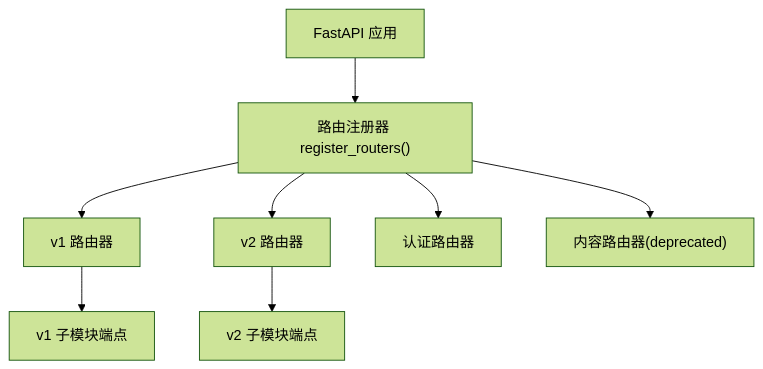
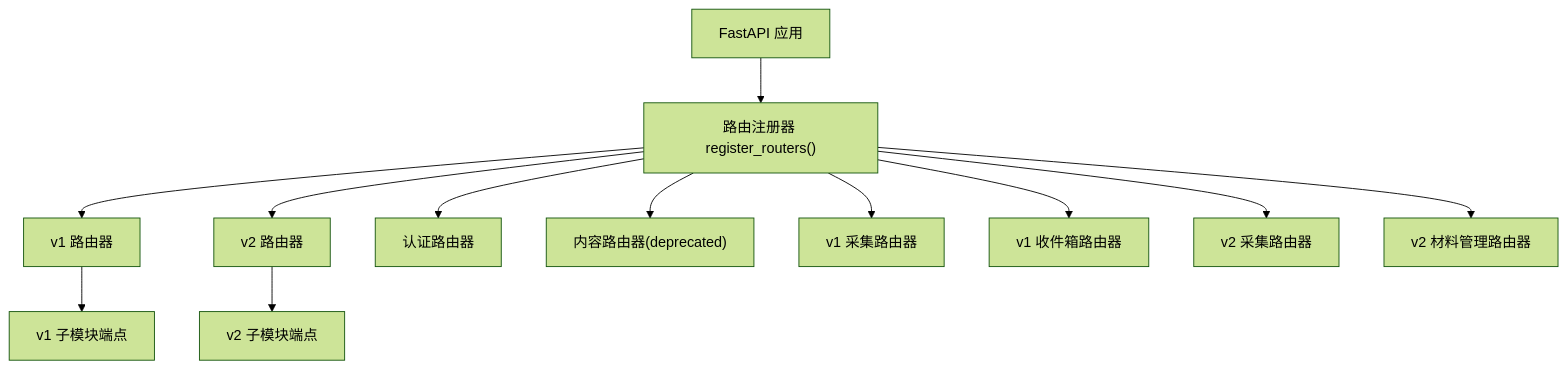
One commit to dream-ze/AI_huoke- changed the second of 9 diagrams in .qoder/repowiki/zh/content/后端服务架构/API路由系统.md. Above: the diagram before and after it, drawn with Mermaid (forest theme). The commit also changed other lines of this file and 52 other files, not shown here.

````diff
--- a/.qoder/repowiki/zh/content/后端服务架构/API路由系统.md
+++ b/.qoder/repowiki/zh/content/后端服务架构/API路由系统.md
@@ -88,16 +124,24 @@
 ```mermaid
 graph TB
 APP["FastAPI 应用"]
 REG["路由注册器 register_routers()"]
 V1R["v1 路由器"]
 V2R["v2 路由器"]
 AUTH_R["认证路由器"]
 CONTENT_R["内容路由器(deprecated)"]
+COLLECT_V1["v1 采集路由器"]
+INBOX_V1["v1 收件箱路由器"]
+COLLECT_V2["v2 采集路由器"]
+MATERIALS_V2["v2 材料管理路由器"]
 APP --> REG
 REG --> V1R
 REG --> V2R
 REG --> AUTH_R
 REG --> CONTENT_R
+REG --> COLLECT_V1
+REG --> INBOX_V1
+REG --> COLLECT_V2
+REG --> MATERIALS_V2
 V1R --> V1_SUB["v1 子模块端点"]
 V2R --> V2_SUB["v2 子模块端点"]
 ```
````
